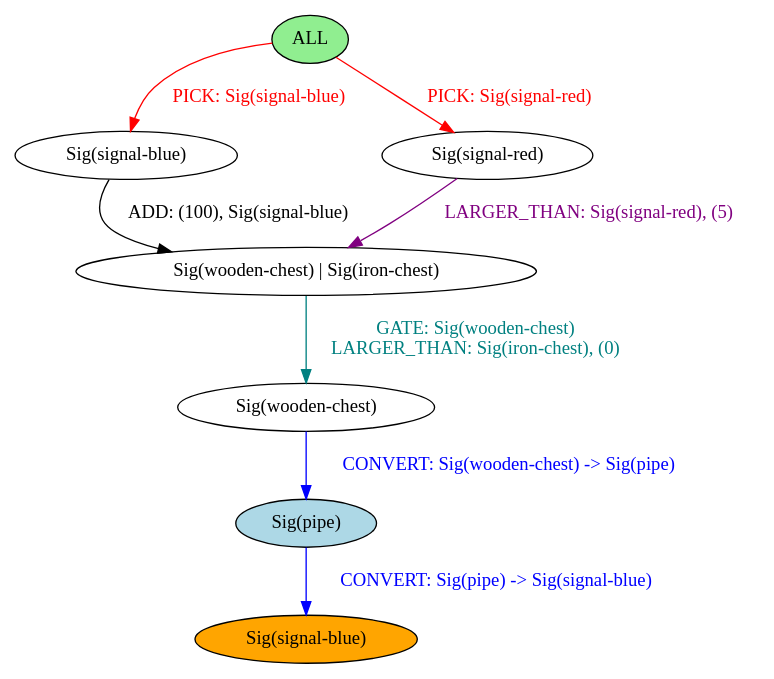
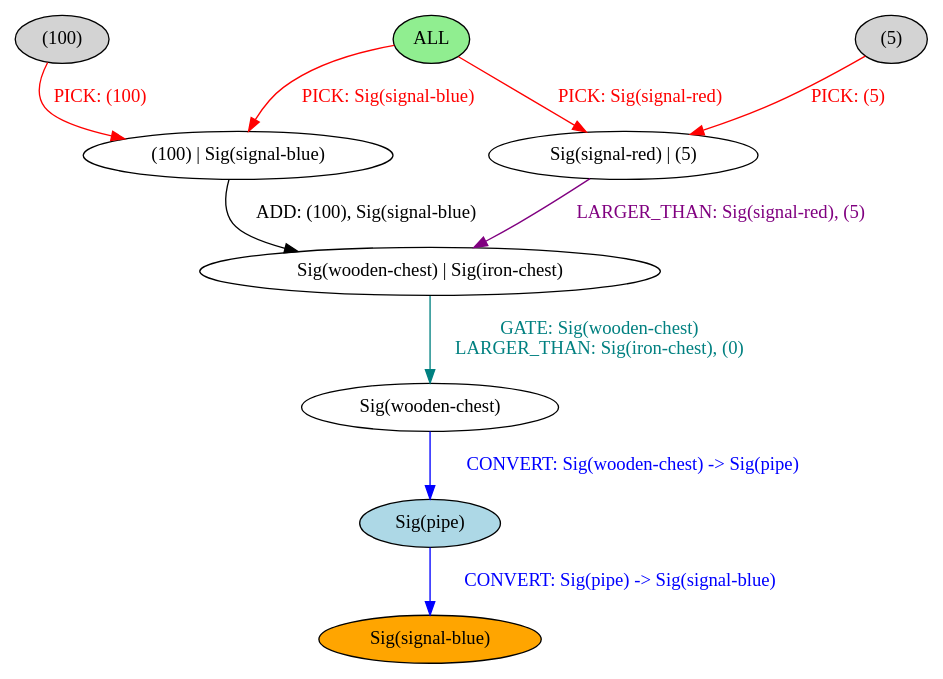
One commit to BalderHolst/chef changed the diagram in chef-lang/examples/when_simple.output.dot. Above: the diagram before and after it, drawn with Graphviz. The commit also changed 18 other files, not shown here.

```diff
--- a/chef-lang/examples/when_simple.output.dot
+++ b/chef-lang/examples/when_simple.output.dot
@@ -1,18 +1,22 @@
 strict digraph {
 	nodesep=1
-	7	[style=filled fillcolor=white label="Sig(signal-blue)"]
+	5	[style=filled fillcolor=lightgray label="(100)"]
+	7	[style=filled fillcolor=white label="(100) | Sig(signal-blue)"]
 	0	[style=filled fillcolor=lightgreen label="ALL"]
-	3	[style=filled fillcolor=white label="Sig(signal-red)"]
+	3	[style=filled fillcolor=white label="Sig(signal-red) | (5)"]
+	2	[style=filled fillcolor=lightgray label="(5)"]
 	9	[style=filled fillcolor=white label="Sig(wooden-chest)"]
 	8	[style=filled fillcolor=white label="Sig(wooden-chest) | Sig(iron-chest)"]
 	11	[style=filled fillcolor=orange label="Sig(signal-blue)"]
 	10	[style=filled fillcolor=lightblue label="Sig(pipe)"]
+	5 -> 7	[label="PICK: (100)" color=red fontcolor=red]
 	7 -> 8	[label="ADD: (100), Sig(signal-blue)" color=black fontcolor=black]
 	0 -> 3	[label="PICK: Sig(signal-red)" color=red fontcolor=red]
 	0 -> 7	[label="PICK: Sig(signal-blue)" color=red fontcolor=red]
 	3 -> 8	[label="LARGER_THAN: Sig(signal-red), (5)" color=purple fontcolor=purple]
+	2 -> 3	[label="PICK: (5)" color=red fontcolor=red]
 	9 -> 10	[label="CONVERT: Sig(wooden-chest) -> Sig(pipe)" color=blue fontcolor=blue]
 	8 -> 9	[label="GATE: Sig(wooden-chest)
 LARGER_THAN: Sig(iron-chest), (0)" color=teal fontcolor=teal]
 	10 -> 11	[label="CONVERT: Sig(pipe) -> Sig(signal-blue)" color=blue fontcolor=blue]
 }
```
